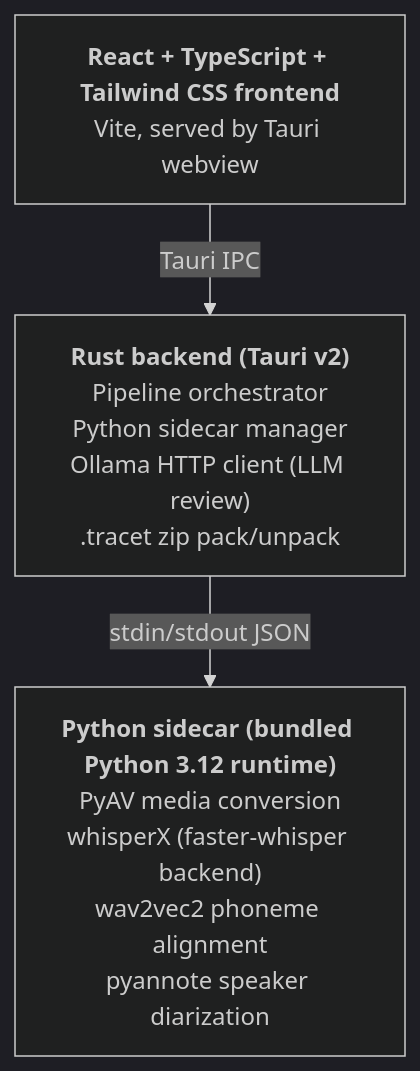
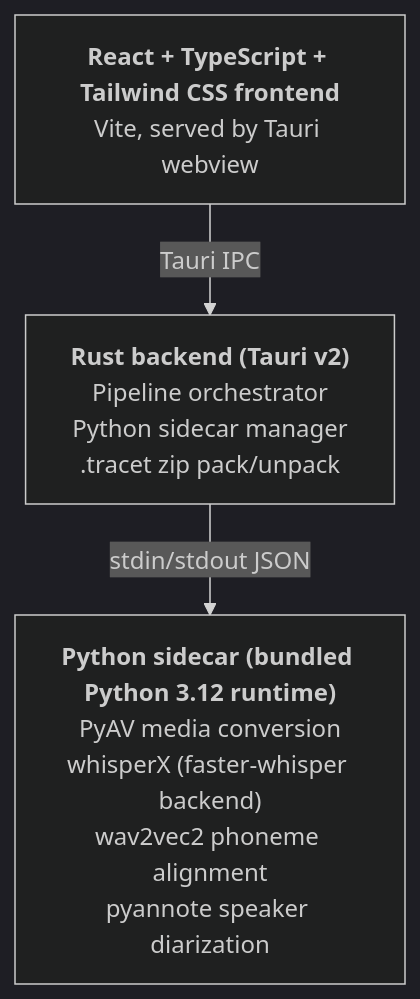
One commit to theagitist/tracet changed the diagram in README.md. Above: the diagram before and after it, drawn with Mermaid (dark theme). The commit also changed other lines of this file and 29 other files, not shown here.

First line of the commit message:
feat!: make the app sandbox-ready and remove the ollama llm review

````diff
--- a/README.md
+++ b/README.md
@@ -33,9 +32,9 @@
 ```mermaid
 flowchart TB
     FE["<b>React + TypeScript + Tailwind CSS frontend</b><br/>Vite, served by Tauri webview"]
-    BE["<b>Rust backend (Tauri v2)</b><br/>Pipeline orchestrator<br/>Python sidecar manager<br/>Ollama HTTP client (LLM review)<br/>.tracet zip pack/unpack"]
+    BE["<b>Rust backend (Tauri v2)</b><br/>Pipeline orchestrator<br/>Python sidecar manager<br/>.tracet zip pack/unpack"]
     SC["<b>Python sidecar (bundled Python 3.12 runtime)</b><br/>PyAV media conversion<br/>whisperX (faster-whisper backend)<br/>wav2vec2 phoneme alignment<br/>pyannote speaker diarization"]
 
     FE -- "Tauri IPC" --> BE
     BE -- "stdin/stdout JSON" --> SC
 ```
````
